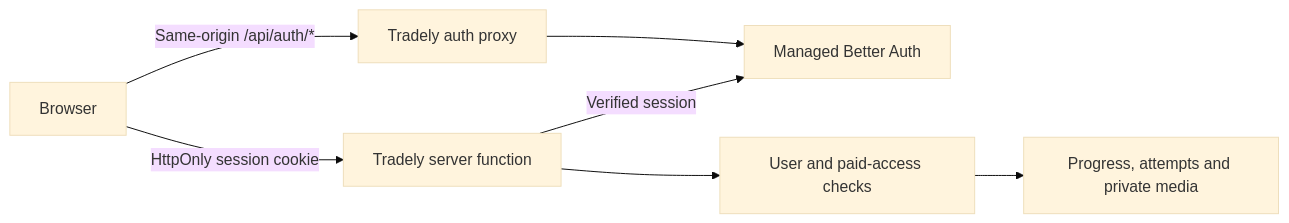
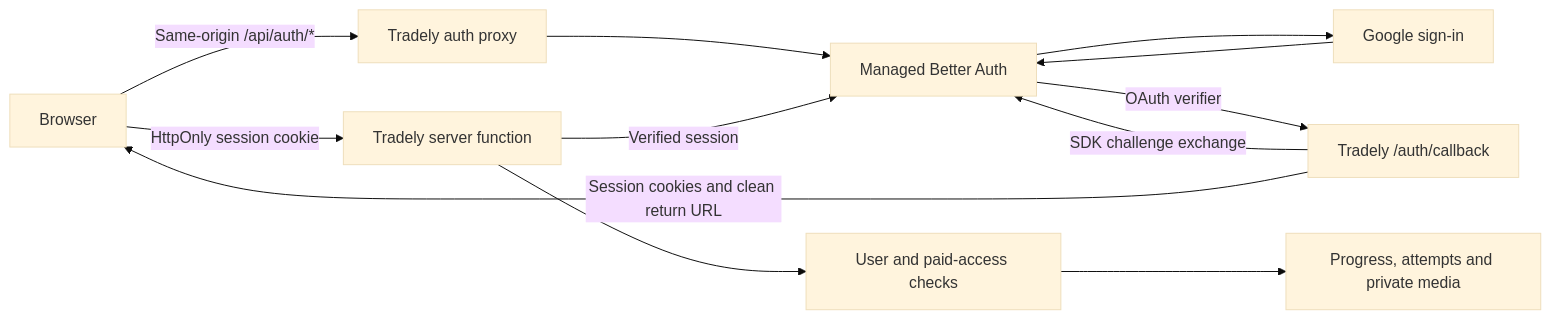
Before and after one commit to evanzhousy/tradely-ai: the diagram in docs/AUTH.md, drawn with Mermaid (base theme). The commit also changed other lines of this file and 7 other files, not shown here.

Commit message:
feat(auth): add Google sign-in through Neon OAuth

````diff
--- a/docs/AUTH.md
+++ b/docs/AUTH.md
@@ -14,9 +14,14 @@
 ```mermaid
 flowchart LR
     Browser -->|Same-origin /api/auth/*|Proxy[Tradely auth proxy]
     Proxy --> Neon[Managed Better Auth]
+    Neon --> Google[Google sign-in]
+    Google --> Neon
+    Neon -->|OAuth verifier|Callback[Tradely /auth/callback]
+    Callback -->|SDK challenge exchange|Neon
+    Callback -->|Session cookies and clean return URL|Browser
     Browser -->|HttpOnly session cookie|Server[Tradely server function]
     Server -->|Verified session|Neon
     Server --> Access[User and paid-access checks]
     Access --> Data[Progress, attempts and private media]
 ```
````
